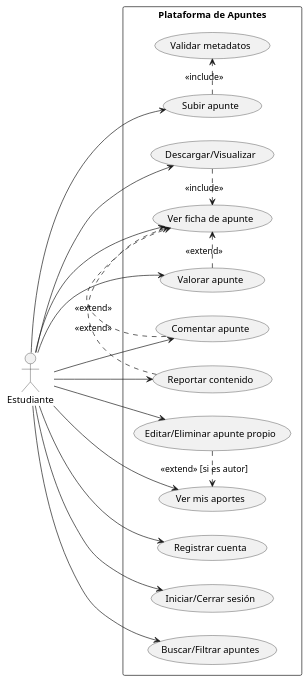
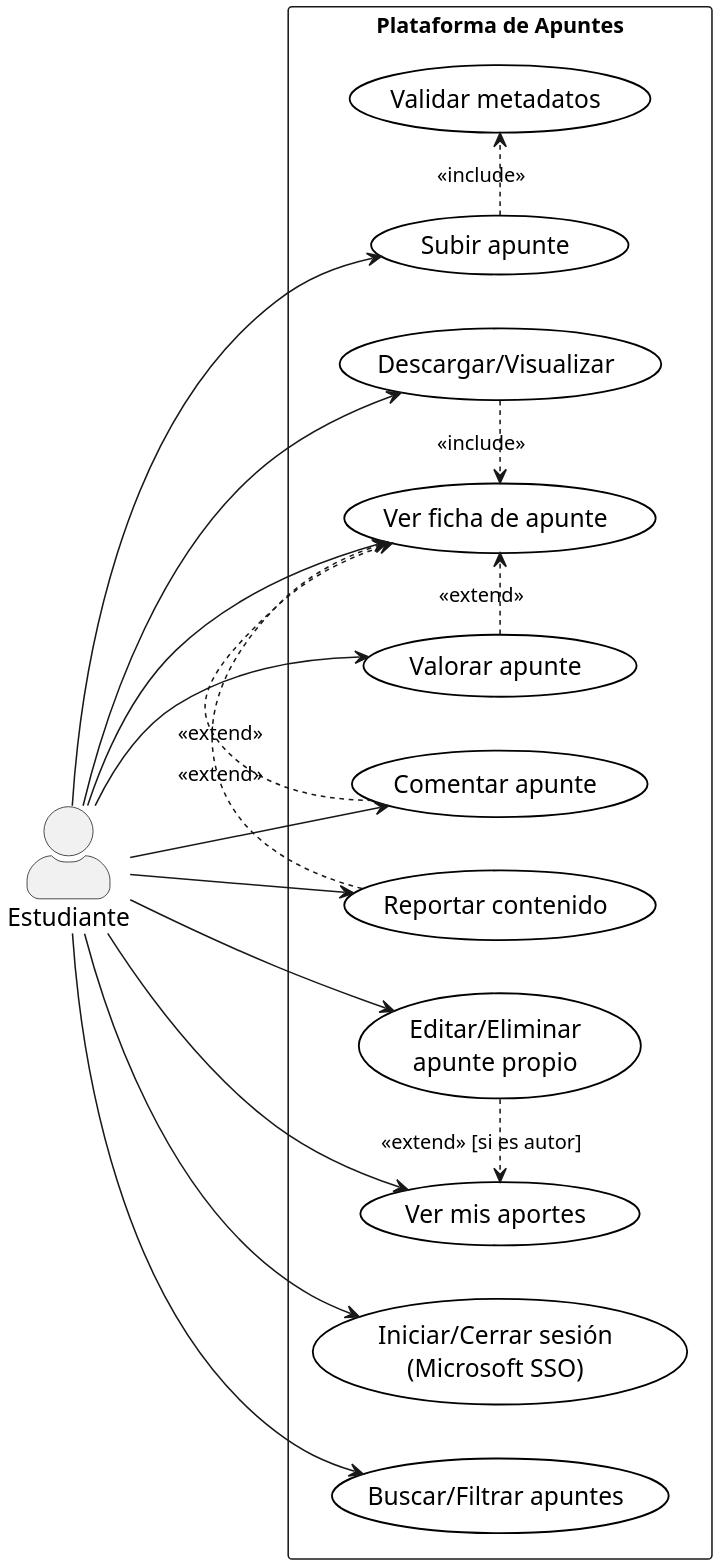
The diagram in DIAGRAMAS/CASOS_DE_USO_ESTUDIANTE.puml (tomaspobb/ING_SOFTWARE), drawn with PlantUML before and after one commit. The commit also changed 1 other file, not shown here.

```diff
--- a/DIAGRAMAS/CASOS_DE_USO_ESTUDIANTE.puml
+++ b/DIAGRAMAS/CASOS_DE_USO_ESTUDIANTE.puml
@@ -1,45 +1,53 @@
 @startuml
+' === Estudiante: Casos de uso (sin registro) ===
+skinparam dpi 220
+skinparam shadowing false
+skinparam UsecaseBorderThickness 1.2
+skinparam usecase {
+  BackgroundColor white
+  BorderColor black
+  FontSize 16
+}
+skinparam actorStyle awesome
+skinparam ActorFontSize 16
 left to right direction
+
 actor Estudiante
 
-
 rectangle "Plataforma de Apuntes" {
-usecase "Registrar cuenta" as UC_Register
-usecase "Iniciar/Cerrar sesión" as UC_Login
-usecase "Buscar/Filtrar apuntes" as UC_Buscar
-usecase "Ver ficha de apunte" as UC_Ver
-usecase "Descargar/Visualizar" as UC_Download
-usecase "Subir apunte" as UC_Subir
-usecase "Validar metadatos" as UC_Validar
-usecase "Editar/Eliminar apunte propio" as UC_Editar
-usecase "Valorar apunte" as UC_Valorar
-usecase "Comentar apunte" as UC_Comentar
-usecase "Reportar contenido" as UC_Reportar
-usecase "Ver mis aportes" as UC_Mis
+  usecase "Iniciar/Cerrar sesión\n(Microsoft SSO)" as UC_Login
+  usecase "Buscar/Filtrar apuntes" as UC_Buscar
+  usecase "Ver ficha de apunte" as UC_Ver
+  usecase "Descargar/Visualizar" as UC_Download
+  usecase "Subir apunte" as UC_Subir
+  usecase "Validar metadatos" as UC_Validar
+  usecase "Editar/Eliminar\napunte propio" as UC_Editar
+  usecase "Valorar apunte" as UC_Valorar
+  usecase "Comentar apunte" as UC_Comentar
+  usecase "Reportar contenido" as UC_Reportar
+  usecase "Ver mis aportes" as UC_Mis
 }
 
-
-Estudiante --> UC_Register
+' Asociaciones
 Estudiante --> UC_Login
 Estudiante --> UC_Buscar
 Estudiante --> UC_Ver
 Estudiante --> UC_Download
 Estudiante --> UC_Subir
 Estudiante --> UC_Editar
 Estudiante --> UC_Valorar
 Estudiante --> UC_Comentar
 Estudiante --> UC_Reportar
 Estudiante --> UC_Mis
 
+' include: pasos comunes
+UC_Subir    .> UC_Validar : <<include>>
+UC_Download .> UC_Ver     : <<include>>
 
-' include: pasos comunes
-UC_Subir .> UC_Validar : <<include>>
-UC_Download .> UC_Ver : <<include>>
-
-
-' extend: acciones opcionales desde la ficha
-UC_Valorar .> UC_Ver : <<extend>>
+' extend: opciones desde la ficha o perfil
+UC_Valorar  .> UC_Ver : <<extend>>
 UC_Comentar .> UC_Ver : <<extend>>
 UC_Reportar .> UC_Ver : <<extend>>
-UC_Editar .> UC_Mis : <<extend>> [si es autor]
+UC_Editar   .> UC_Mis : <<extend>> [si es autor]
+
 @enduml
```
